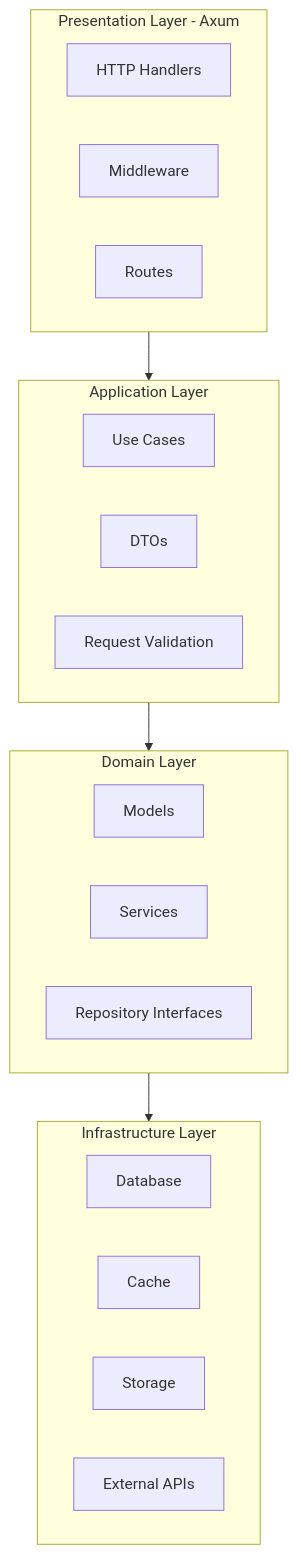
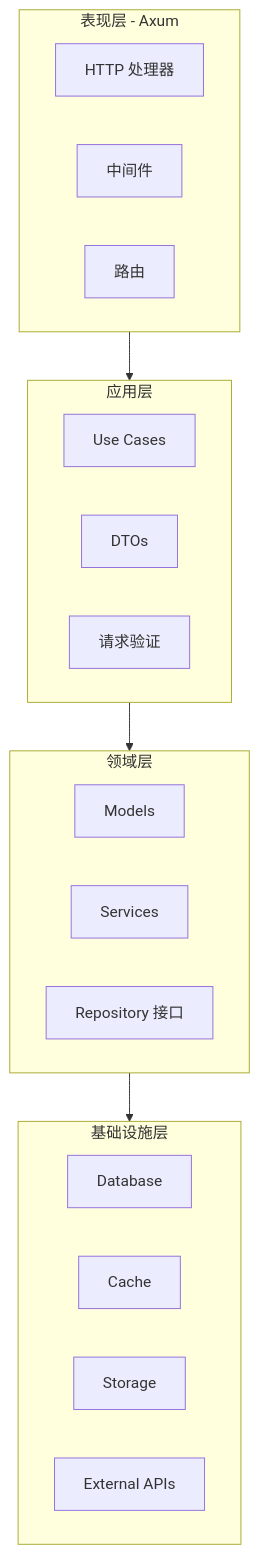
One commit to Kirky-X/crawlrs changed the diagram in README.md. Above: the diagram before and after it, drawn with Mermaid. The commit also changed other lines of this file and 2 other files, not shown here.

````diff
--- a/README.md
+++ b/README.md
@@ -334,29 +321,29 @@
 ```mermaid
-flowchart TD
-    subgraph Presentation [Presentation Layer - Axum]
-        A[HTTP Handlers]
-        B[Middleware]
-        C[Routes]
+flowchart TB
+    subgraph Presentation [表现层 - Axum]
+        A[HTTP 处理器]
+        B[中间件]
+        C[路由]
     end
 
-    subgraph Application [Application Layer]
+    subgraph Application [应用层]
         D[Use Cases]
         E[DTOs]
-        F[Request Validation]
+        F[请求验证]
     end
 
-    subgraph Domain [Domain Layer]
+    subgraph Domain [领域层]
         G[Models]
         H[Services]
-        I[Repository Interfaces]
+        I[Repository 接口]
     end
 
-    subgraph Infrastructure [Infrastructure Layer]
+    subgraph Infrastructure [基础设施层]
         J[Database]
         K[Cache]
         L[Storage]
         M[External APIs]
     end
 
     Presentation --> Application --> Domain --> Infrastructure
 ```
````
